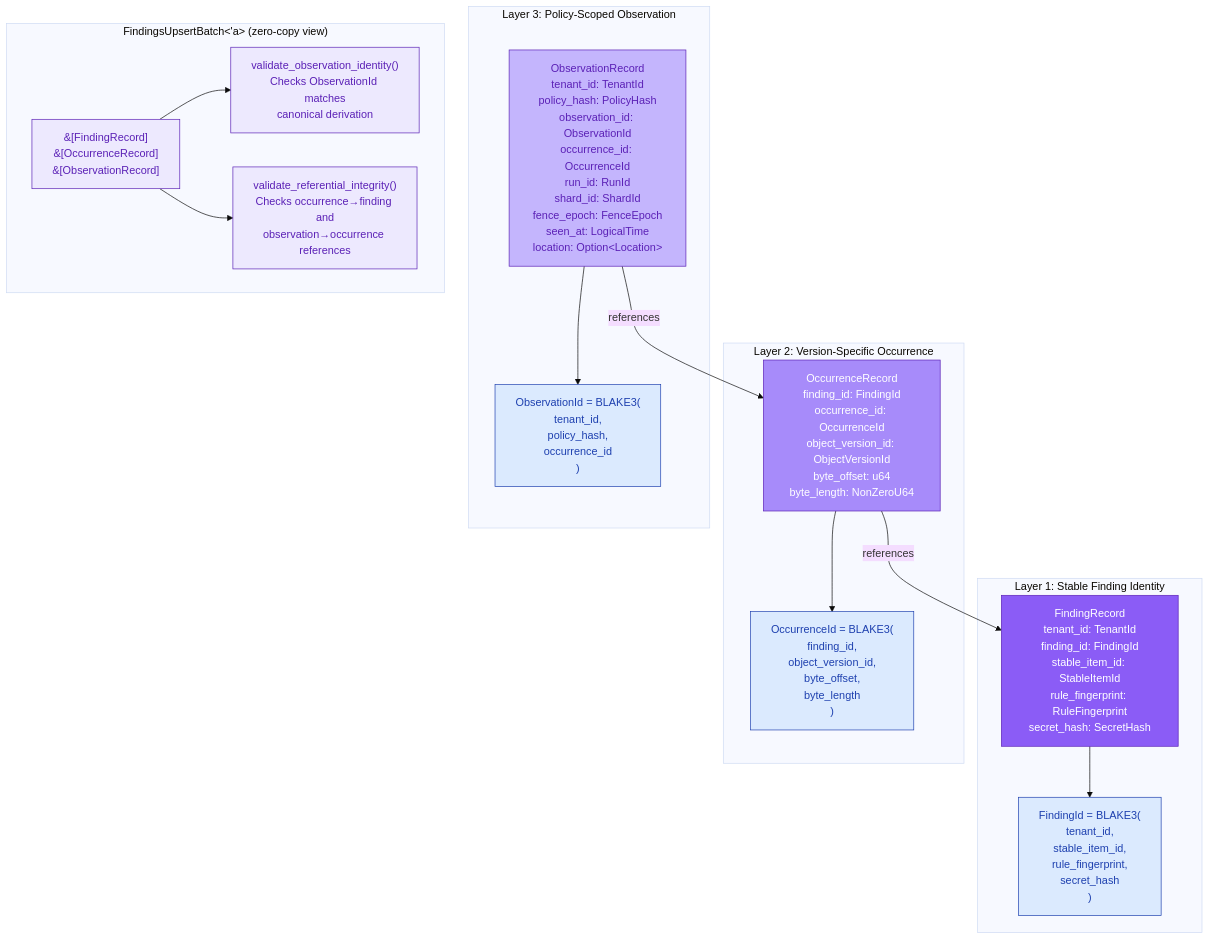
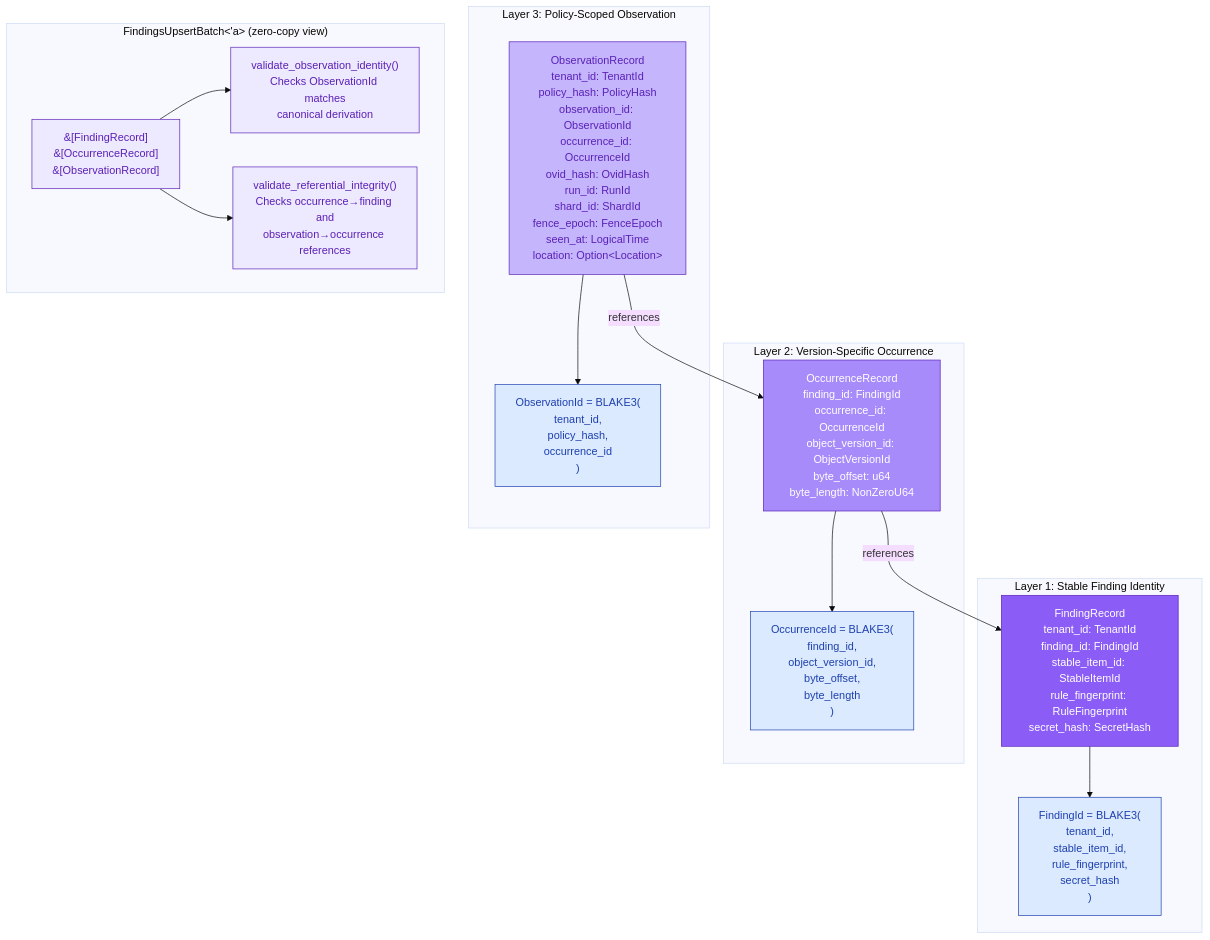
The second of 6 diagrams in diagrams/19-persistence-contracts.md (ahrav/Gossip-rs), drawn with Mermaid (base theme) before and after one commit. The commit also changed 2 other files, not shown here.

Commit message:
Clarify join-semilattice properties and fix documentation clarity
The done ledger status forms a join-semilattice with max-rank merge.
Updated module docs to explicitly state all three lattice properties
(idempotence, commutativity, associativity) and frame monotonicity as
a consequence rather than a defining property.

Also improved test helper doc precision and updated the persistence
contracts diagram to reflect `ovid_hash` field in ObservationRecord.

````diff
--- a/diagrams/19-persistence-contracts.md
+++ b/diagrams/19-persistence-contracts.md
@@ -146,46 +146,46 @@
 ```mermaid
 %% Diagram: three-layer-findings-model
 graph TB
     subgraph layer1 ["Layer 1: Stable Finding Identity"]
         FR["FindingRecord<br/>tenant_id: TenantId<br/>finding_id: FindingId<br/>stable_item_id: StableItemId<br/>rule_fingerprint: RuleFingerprint<br/>secret_hash: SecretHash"]
         FID["FindingId = BLAKE3(<br/>  tenant_id,<br/>  stable_item_id,<br/>  rule_fingerprint,<br/>  secret_hash<br/>)"]
     end
 
     subgraph layer2 ["Layer 2: Version-Specific Occurrence"]
         OR["OccurrenceRecord<br/>finding_id: FindingId<br/>occurrence_id: OccurrenceId<br/>object_version_id: ObjectVersionId<br/>byte_offset: u64<br/>byte_length: NonZeroU64"]
         OID["OccurrenceId = BLAKE3(<br/>  finding_id,<br/>  object_version_id,<br/>  byte_offset,<br/>  byte_length<br/>)"]
     end
 
     subgraph layer3 ["Layer 3: Policy-Scoped Observation"]
-        OBS["ObservationRecord<br/>tenant_id: TenantId<br/>policy_hash: PolicyHash<br/>observation_id: ObservationId<br/>occurrence_id: OccurrenceId<br/>run_id: RunId<br/>shard_id: ShardId<br/>fence_epoch: FenceEpoch<br/>seen_at: LogicalTime<br/>location: Option&lt;Location&gt;"]
+        OBS["ObservationRecord<br/>tenant_id: TenantId<br/>policy_hash: PolicyHash<br/>observation_id: ObservationId<br/>occurrence_id: OccurrenceId<br/>ovid_hash: OvidHash<br/>run_id: RunId<br/>shard_id: ShardId<br/>fence_epoch: FenceEpoch<br/>seen_at: LogicalTime<br/>location: Option&lt;Location&gt;"]
         OBSID["ObservationId = BLAKE3(<br/>  tenant_id,<br/>  policy_hash,<br/>  occurrence_id<br/>)"]
     end
 
     subgraph batch ["FindingsUpsertBatch&lt;'a&gt; (zero-copy view)"]
         BATCH["&amp;[FindingRecord]<br/>&amp;[OccurrenceRecord]<br/>&amp;[ObservationRecord]"]
         VAL_OBS["validate_observation_identity()<br/>Checks ObservationId matches<br/>canonical derivation"]
         VAL_REF["validate_referential_integrity()<br/>Checks occurrence→finding and<br/>observation→occurrence references"]
     end
 
     FR --> FID
     OR --> OID
     OBS --> OBSID
 
     OR -->|"references"| FR
     OBS -->|"references"| OR
 
     BATCH --> VAL_OBS
     BATCH --> VAL_REF
 
     style FR fill:#8B5CF6,stroke:#5B21B6,color:#FFF
     style OR fill:#A78BFA,stroke:#5B21B6,color:#FFF
     style OBS fill:#C4B5FD,stroke:#5B21B6,color:#5B21B6
 
     style FID fill:#DBEAFE,stroke:#1E40AF,color:#1E40AF
     style OID fill:#DBEAFE,stroke:#1E40AF,color:#1E40AF
     style OBSID fill:#DBEAFE,stroke:#1E40AF,color:#1E40AF
 
     style BATCH fill:#EDE9FE,stroke:#5B21B6,color:#5B21B6
     style VAL_OBS fill:#EDE9FE,stroke:#5B21B6,color:#5B21B6
     style VAL_REF fill:#EDE9FE,stroke:#5B21B6,color:#5B21B6
 ```
````
